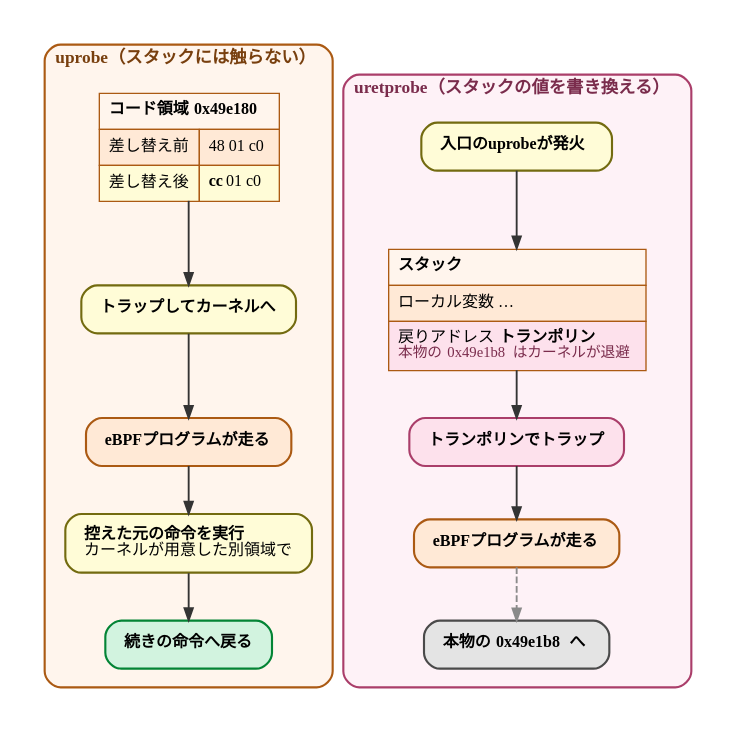
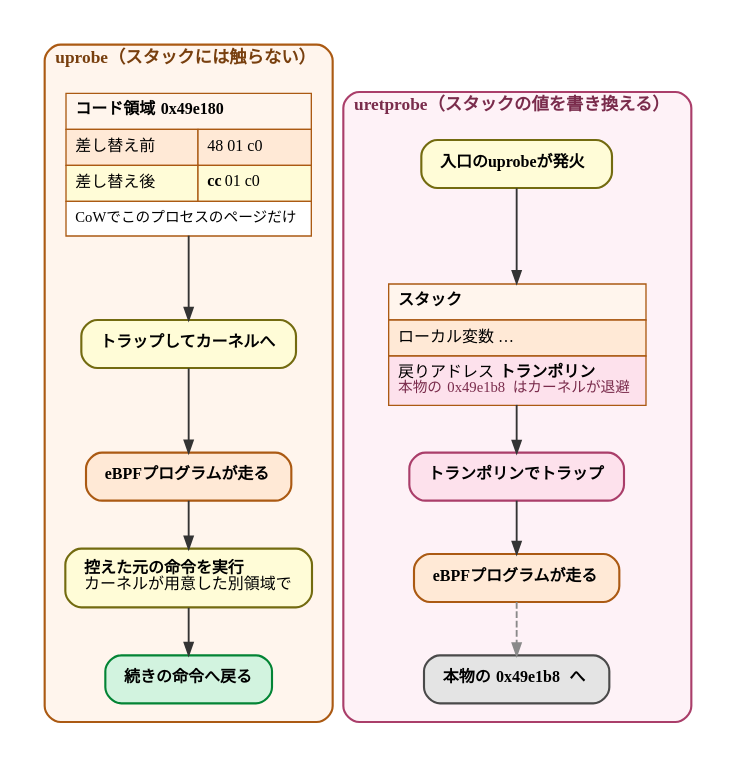
The diagram in diagrams/go-ebpf-primer/20260820-probe-insertion.dot (ymotongpoo/zenn.dev), drawn with Graphviz before and after one commit. The commit also changed 10 other files, not shown here.

First line of the commit message:
fix(go-ebpf-primer): 呼び出し規約の誤りを直し、図に「Cの規約で読むと」列を足す

```diff
--- a/diagrams/go-ebpf-primer/20260820-probe-insertion.dot
+++ b/diagrams/go-ebpf-primer/20260820-probe-insertion.dot
@@ -1,73 +1,74 @@
 // uprobeとuretprobeの挿し込み
 digraph probe_insertion {
   graph [
     rankdir=TB, compound=true, splines=ortho,
     fontname="IBM Plex Sans JP", fontsize=13,
     nodesep=0.5, ranksep=0.5,
     bgcolor="white", pad=0.25, newrank=true
   ];
   node [
     fontname="IBM Plex Sans JP", fontsize=12,
     shape=box, style="rounded,filled",
     fillcolor="#F1F1F1", color="#4A4A4A", penwidth=1.6,
     margin="0.2,0.14"
   ];
   edge [
     fontname="IBM Plex Sans JP", fontsize=11,
     color="#343434", penwidth=1.4, arrowsize=0.9,
     fontcolor="#171717"
   ];
 
   subgraph cluster_u {
     label=<<b>uprobe（スタックには触らない）</b>>;
     fontcolor="#783F0E";
     style="rounded"; labeljust="l"; penwidth=1.6; margin=14;
     color="#AB5A13"; bgcolor="#FFF5ED";
 
     code [shape=plain, style="", label=<
       <table border="0" cellborder="1" cellspacing="0" cellpadding="6" color="#AB5A13">
         <tr><td colspan="2" align="left" bgcolor="#FFF5ED"><b>コード領域 <font face="JetBrains Mono">0x49e180</font></b></td></tr>
         <tr><td align="left" bgcolor="#FFE9D6">差し替え前</td><td align="left" bgcolor="#FFE9D6"><font face="JetBrains Mono">48 01 c0</font></td></tr>
         <tr><td align="left" bgcolor="#FFFCD7">差し替え後</td><td align="left" bgcolor="#FFFCD7"><font face="JetBrains Mono"><b>cc</b> 01 c0</font></td></tr>
+        <tr><td colspan="2" align="left" bgcolor="#FFFFFF"><font point-size="11">CoWでこのプロセスのページだけ</font></td></tr>
       </table>>];
     trap_u [label=<<b>トラップしてカーネルへ</b>>, fillcolor="#FFFCD7", color="#736B10"];
     prog_u [label=<<b>eBPFプログラムが走る</b>>, fillcolor="#FFE9D6", color="#AB5A13"];
     xol [label=<<b>控えた元の命令を実行</b><br align="left"/>カーネルが用意した別領域で<br align="left"/>>,
          fillcolor="#FFFCD7", color="#736B10"];
     next_u [label=<<b>続きの命令へ戻る</b>>, fillcolor="#D2F3DF", color="#038435"];
 
     code -> trap_u;
     trap_u -> prog_u;
     prog_u -> xol;
     xol -> next_u;
   }
 
   subgraph cluster_r {
     label=<<b>uretprobe（スタックの値を書き換える）</b>>;
     fontcolor="#7A2C4C";
     style="rounded"; labeljust="l"; penwidth=1.6; margin=14;
     color="#AA3E6A"; bgcolor="#FEF2F7";
 
     entry [label=<<b>入口のuprobeが発火</b>>, fillcolor="#FFFCD7", color="#736B10"];
     stack [shape=plain, style="", label=<
       <table border="0" cellborder="1" cellspacing="0" cellpadding="6" color="#AB5A13">
         <tr><td align="left" bgcolor="#FFF5ED"><b>スタック</b></td></tr>
         <tr><td align="left" bgcolor="#FFE9D6">ローカル変数 …</td></tr>
         <tr><td align="left" bgcolor="#FDE1EC">戻りアドレス <b>トランポリン</b><br align="left"/><font color="#7A2C4C" point-size="11">本物の </font><font color="#7A2C4C" point-size="11" face="JetBrains Mono">0x49e1b8</font><font color="#7A2C4C" point-size="11"> はカーネルが退避</font><br align="left"/></td></tr>
       </table>>];
     tramp [label=<<b>トランポリンでトラップ</b>>, fillcolor="#FDE1EC", color="#AA3E6A"];
     prog_r [label=<<b>eBPFプログラムが走る</b>>, fillcolor="#FFE9D6", color="#AB5A13"];
     caller [label=<<b>本物の <font face="JetBrains Mono">0x49e1b8</font> へ</b>>, fillcolor="#E4E4E4"];
 
     entry -> stack;
     stack -> tramp;
     tramp -> prog_r;
     prog_r -> caller [style=dashed, color="#8A8A8A"];
   }
 
   { rank=same; code; entry; }
   { rank=same; trap_u; stack; }
   { rank=same; prog_u; tramp; }
   { rank=same; xol; prog_r; }
   { rank=same; next_u; caller; }
 }
```
